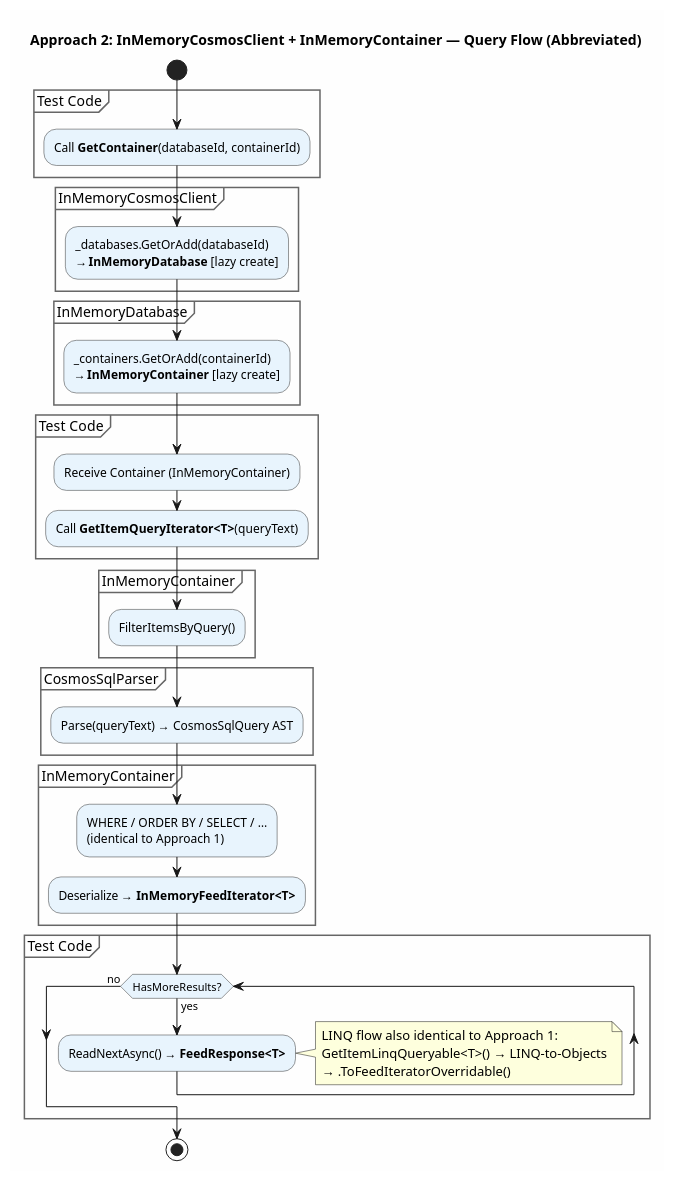
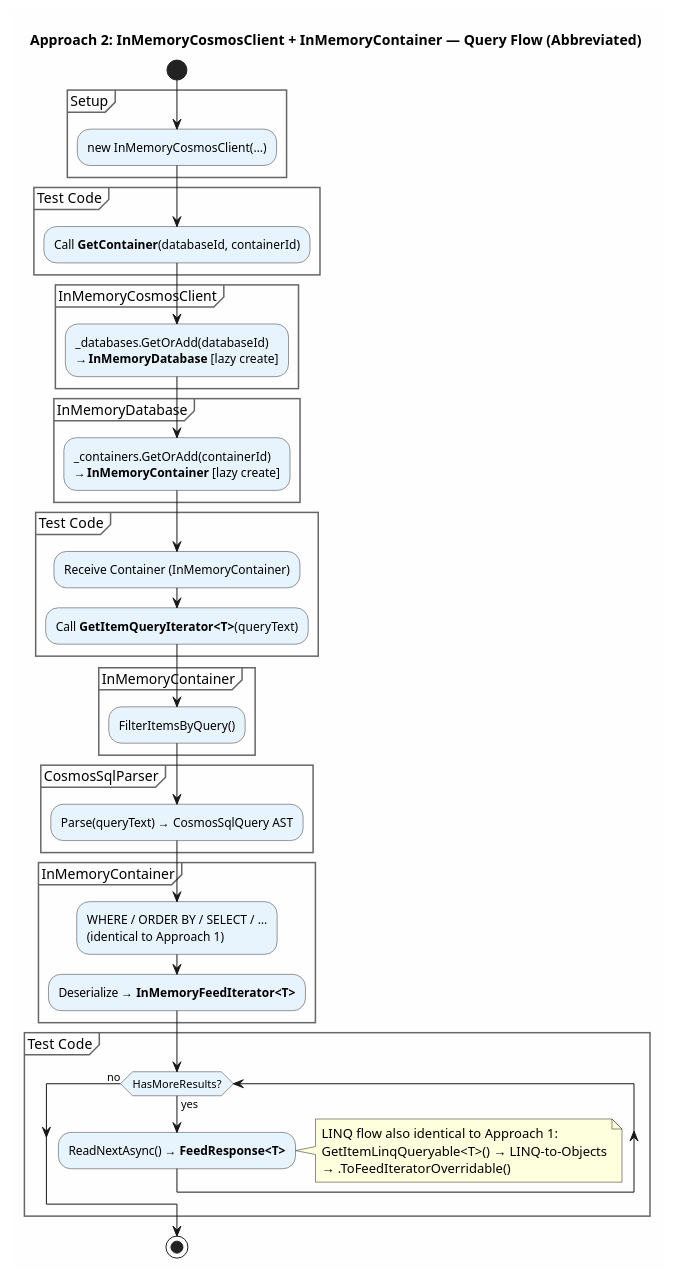
One commit to lemonlion/CosmosDB.InMemoryEmulator changed the diagram in plans/diagrams/abbreviated/approach2-activity.puml. Above: the diagram before and after it, drawn with PlantUML. The commit also changed 13 other files, not shown here.

```diff
--- a/plans/diagrams/abbreviated/approach2-activity.puml
+++ b/plans/diagrams/abbreviated/approach2-activity.puml
@@ -1,58 +1,62 @@
 @startuml approach2-abbreviated-activity
 title **Approach 2: InMemoryCosmosClient + InMemoryContainer — Query Flow (Abbreviated)**
 
 skinparam backgroundColor #FEFEFE
 skinparam ActivityBorderColor #333
 skinparam ActivityBackgroundColor #E8F4FD
 skinparam PartitionBorderColor #666
 
 start
+
+partition "Setup" {
+  :new InMemoryCosmosClient(…);
+}
 
 partition "Test Code" {
   :Call **GetContainer**(databaseId, containerId);
 }
 
 partition "InMemoryCosmosClient" {
   :_databases.GetOrAdd(databaseId)
   → **InMemoryDatabase** [lazy create];
 }
 
 partition "InMemoryDatabase" {
   :_containers.GetOrAdd(containerId)
   → **InMemoryContainer** [lazy create];
 }
 
 partition "Test Code" {
   :Receive Container (InMemoryContainer);
   :Call **GetItemQueryIterator<T>**(queryText);
 }
 
 partition "InMemoryContainer" {
   :FilterItemsByQuery();
 }
 
 partition "CosmosSqlParser" {
   :Parse(queryText) → CosmosSqlQuery AST;
 }
 
 partition "InMemoryContainer" {
   :WHERE / ORDER BY / SELECT / …
   (identical to Approach 1);
   :Deserialize → **InMemoryFeedIterator<T>**;
 }
 
 partition "Test Code" {
   while (HasMoreResults?) is (yes)
     :ReadNextAsync() → **FeedResponse<T>**;
   endwhile (no)
 }
 
 note right
   LINQ flow also identical to Approach 1:
   GetItemLinqQueryable<T>() → LINQ-to-Objects
   → .ToFeedIteratorOverridable()
 end note
 
 stop
 
 @enduml
```
